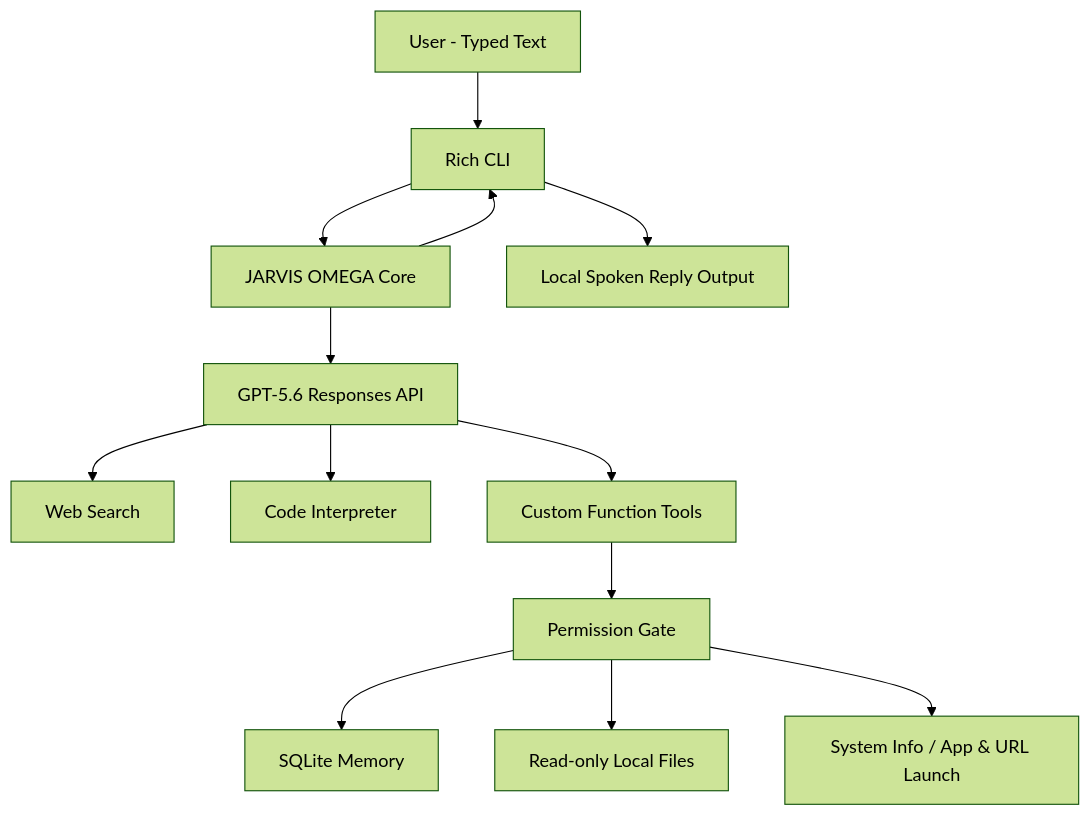
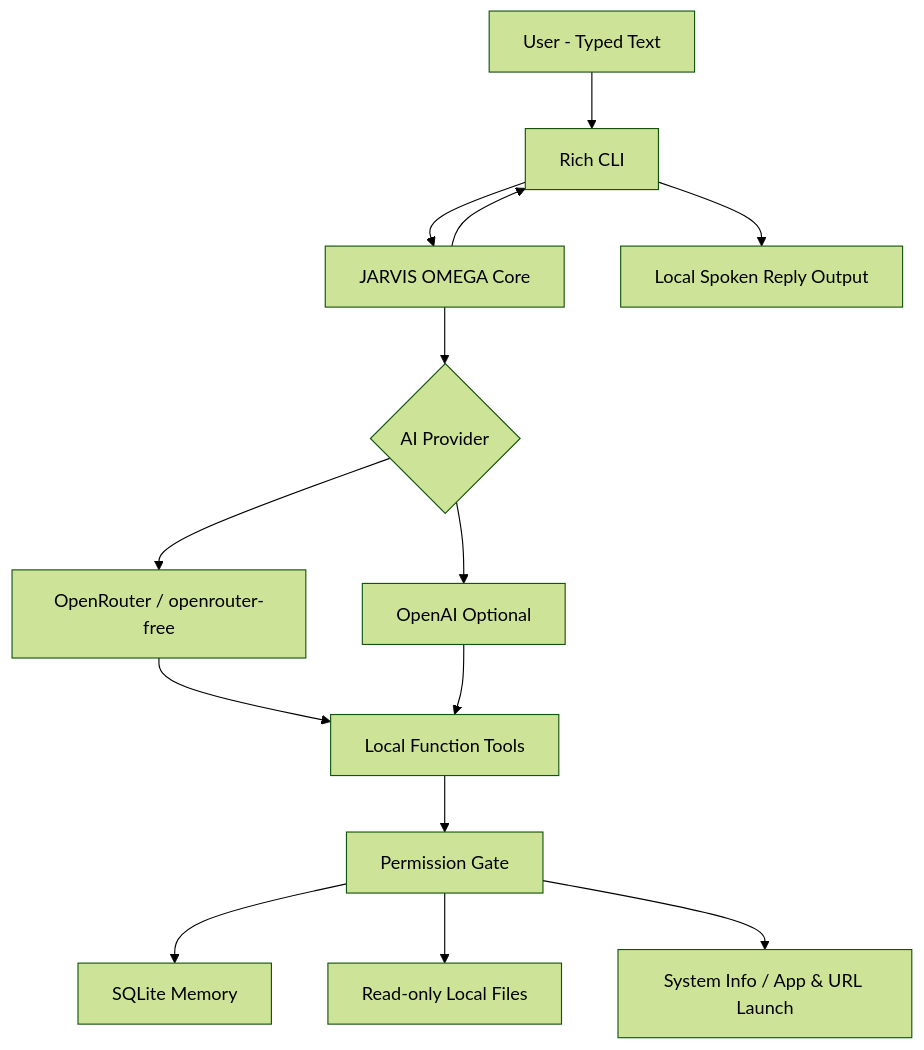
One commit to Adib0105/JARVIS-AI-OMEGA changed the diagram in README.md. Above: the diagram before and after it, drawn with Mermaid (forest theme). The commit also changed other lines of this file, not shown here.

Commit message:
Document OpenRouter free testing mode

````diff
--- a/README.md
+++ b/README.md
@@ -39,15 +60,16 @@
 ```mermaid
 flowchart TD
     U[User - Typed Text] --> UI[Rich CLI]
     UI --> CORE[JARVIS OMEGA Core]
-    CORE --> MODEL[GPT-5.6 Responses API]
-    MODEL --> WEB[Web Search]
-    MODEL --> CODE[Code Interpreter]
-    MODEL --> TOOLS[Custom Function Tools]
+    CORE --> ROUTER{AI Provider}
+    ROUTER --> OR[OpenRouter / openrouter-free]
+    ROUTER --> OA[OpenAI Optional]
+    OR --> TOOLS[Local Function Tools]
+    OA --> TOOLS
     TOOLS --> GATE[Permission Gate]
     GATE --> MEM[SQLite Memory]
     GATE --> FILES[Read-only Local Files]
     GATE --> SYS[System Info / App & URL Launch]
     CORE --> UI
     UI --> TTS[Local Spoken Reply Output]
 ```
````
